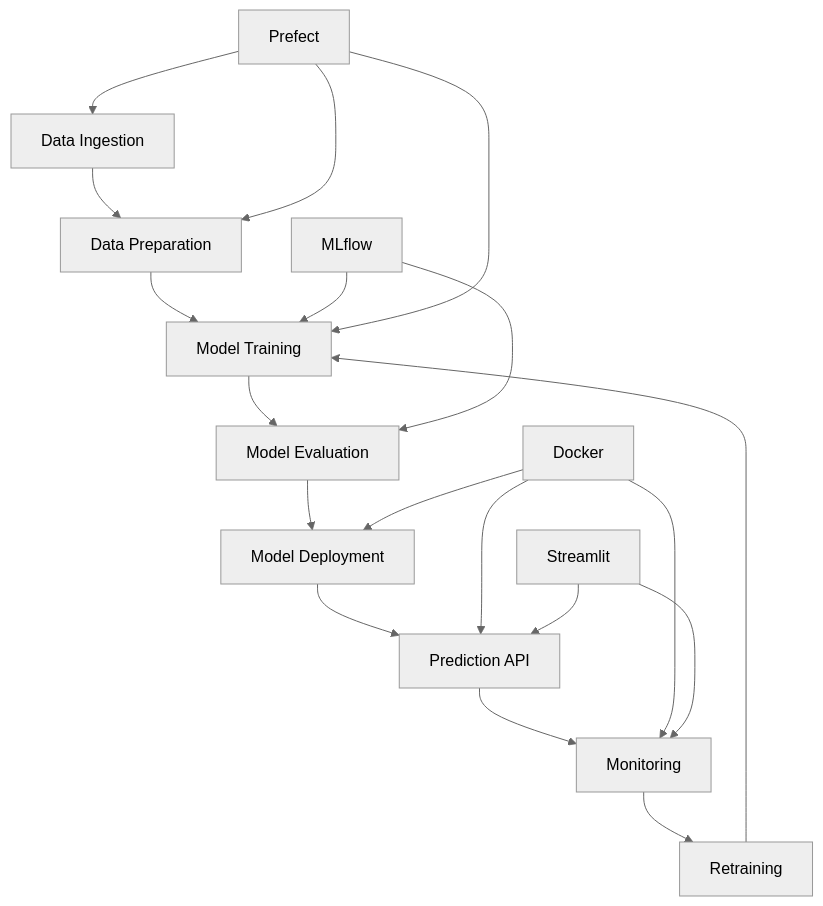
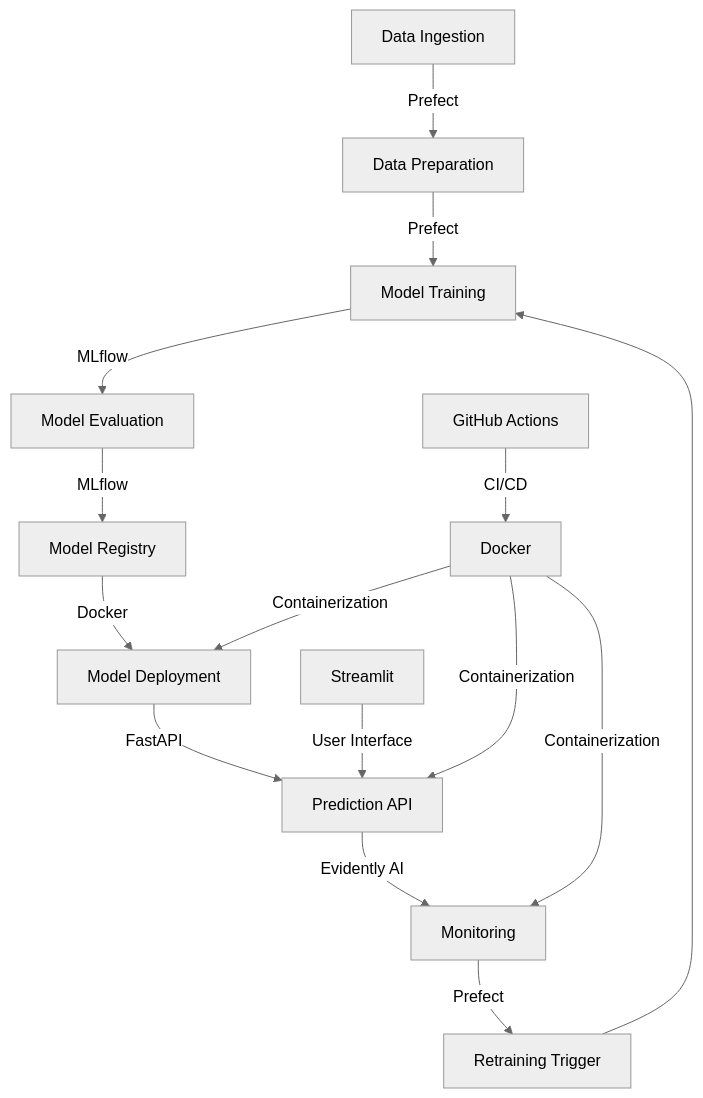
The diagram in readme.md (aturevich/zoomcamp_mlops_project), drawn with Mermaid (neutral theme) before and after one commit. The commit also changed other lines of this file and 2 other files, not shown here.

````diff
--- a/readme.md
+++ b/readme.md
@@ -7,22 +7,18 @@
 ```mermaid
 graph TD
-    A[Data Ingestion] --> B[Data Preparation]
-    B --> C[Model Training]
-    C --> D[Model Evaluation]
-    D --> E[Model Deployment]
-    E --> F[Prediction API]
-    F --> G[Monitoring]
-    G --> H[Retraining]
-    H --> C
-    
-    I[MLflow] --> C
-    I --> D
-    J[Prefect] --> A
-    J --> B
-    J --> C
-    K[Docker] --> E
-    K --> F
-    K --> G
-    L[Streamlit] --> F
-    L --> G
+    A[Data Ingestion] -->|Prefect| B[Data Preparation]
+    B -->|Prefect| C[Model Training]
+    C -->|MLflow| D[Model Evaluation]
+    D -->|MLflow| E[Model Registry]
+    E -->|Docker| F[Model Deployment]
+    F -->|FastAPI| G[Prediction API]
+    G -->|Evidently AI| H[Monitoring]
+    H -->|Prefect| I[Retraining Trigger]
+    I --> C
+
+    J[Streamlit] -->|User Interface| G
+    K[Docker] -->|Containerization| F
+    K -->|Containerization| G
+    K -->|Containerization| H
+    L[GitHub Actions] -->|CI/CD| K
 ```
````
